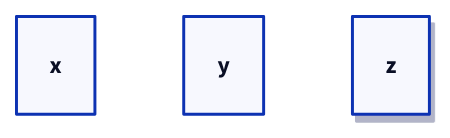
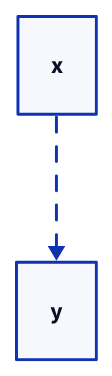
Before and after one commit to chyax98/DiagramAI: the tenth of 14 diagrams in docs/kroki/d2/common-errors.md, drawn with D2. The commit also changed other lines of this file and 52 other files, not shown here.

````diff
--- a/docs/kroki/d2/common-errors.md
+++ b/docs/kroki/d2/common-errors.md
@@ -224,6 +199,11 @@
 ```d2
-# ❌ 大写布尔值
-x.style.bold: True
-y.style.italic: FALSE
-z.style.shadow: 1
+# 1. 切换布局引擎
+# d2 --layout elk diagram.d2
+
+# 2. 调整节点约束
+x -> y: {
+  style.stroke-dash: 5  # 使用虚线区分
+}
+
+# 3. 使用容器分组减少复杂度
 ```
````
